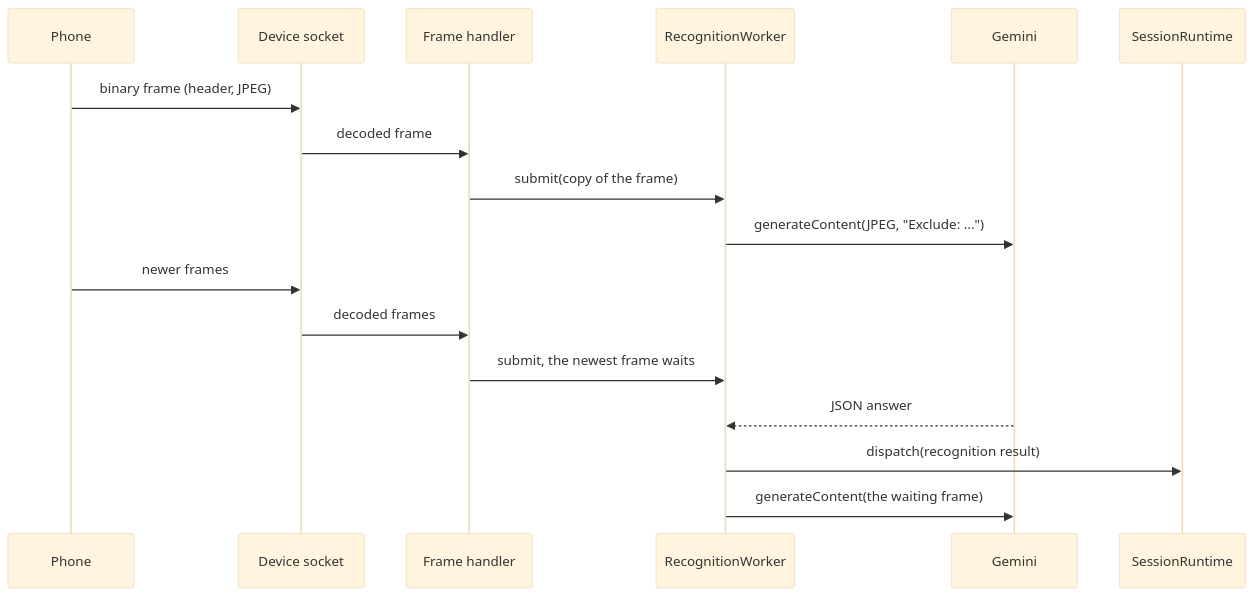
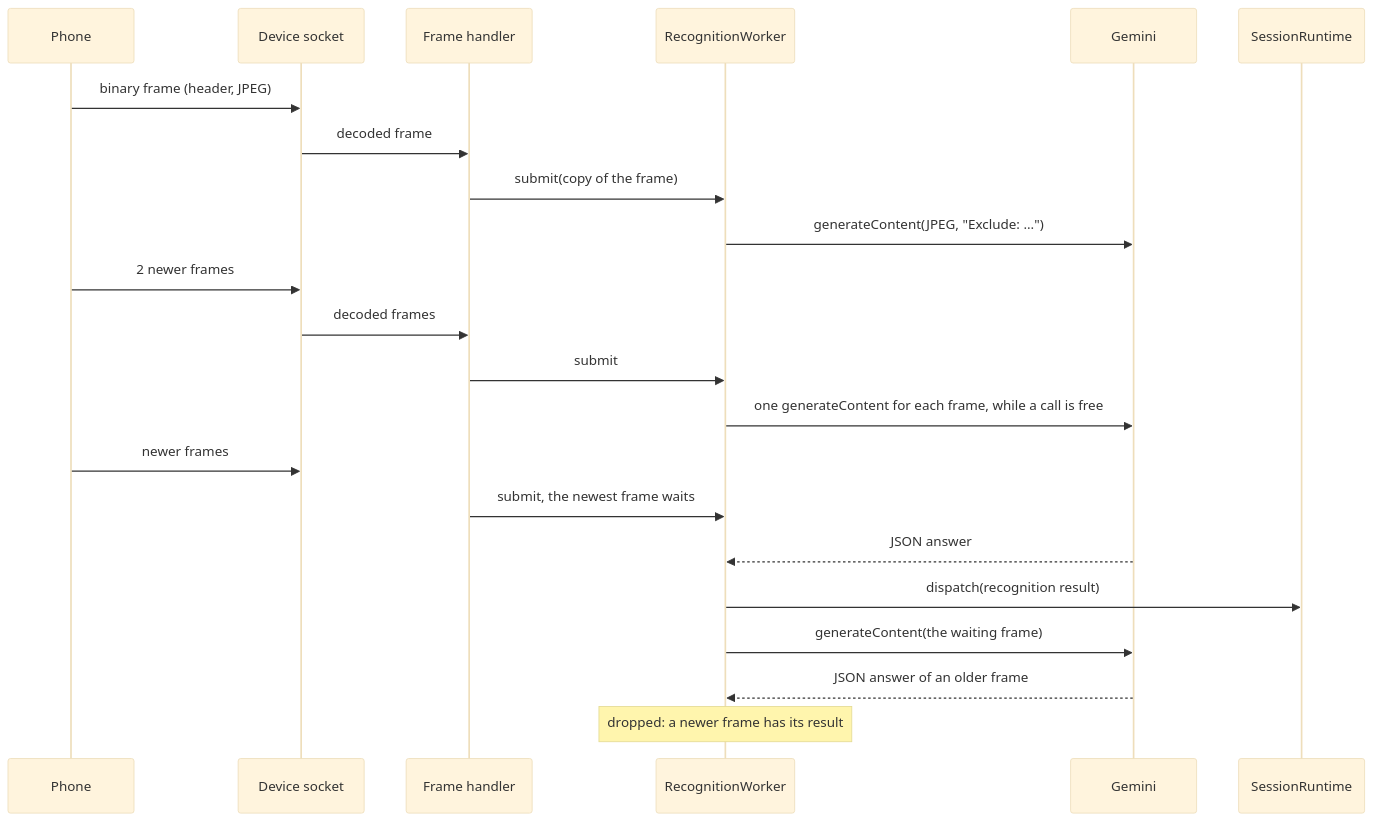
One commit to mrBymax/glance changed the first of 14 diagrams in apps/server/README.md. Above: the diagram before and after it, drawn with Mermaid (base theme). The commit also changed other lines of this file and 13 other files, not shown here.

````diff
--- a/apps/server/README.md
+++ b/apps/server/README.md
@@ -181,19 +182,24 @@
 ```mermaid
 sequenceDiagram
   participant Phone
   participant Socket as Device socket
   participant Intake as Frame handler
   participant Worker as RecognitionWorker
   participant Gemini
   participant Runtime as SessionRuntime
   Phone->>Socket: binary frame (header, JPEG)
   Socket->>Intake: decoded frame
   Intake->>Worker: submit(copy of the frame)
   Worker->>Gemini: generateContent(JPEG, "Exclude: ...")
+  Phone->>Socket: 2 newer frames
+  Socket->>Intake: decoded frames
+  Intake->>Worker: submit
+  Worker->>Gemini: one generateContent for each frame, while a call is free
   Phone->>Socket: newer frames
-  Socket->>Intake: decoded frames
   Intake->>Worker: submit, the newest frame waits
   Gemini-->>Worker: JSON answer
   Worker->>Runtime: dispatch(recognition result)
   Worker->>Gemini: generateContent(the waiting frame)
+  Gemini-->>Worker: JSON answer of an older frame
+  Note over Worker: dropped: a newer frame has its result
 ```
````
